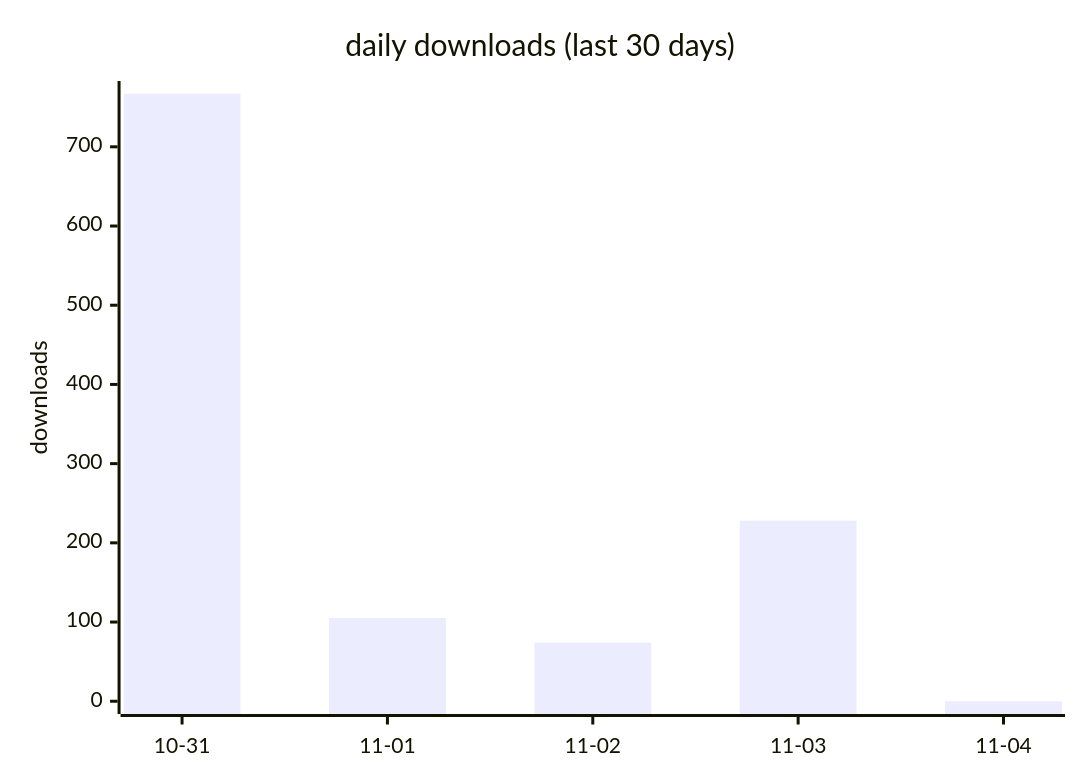
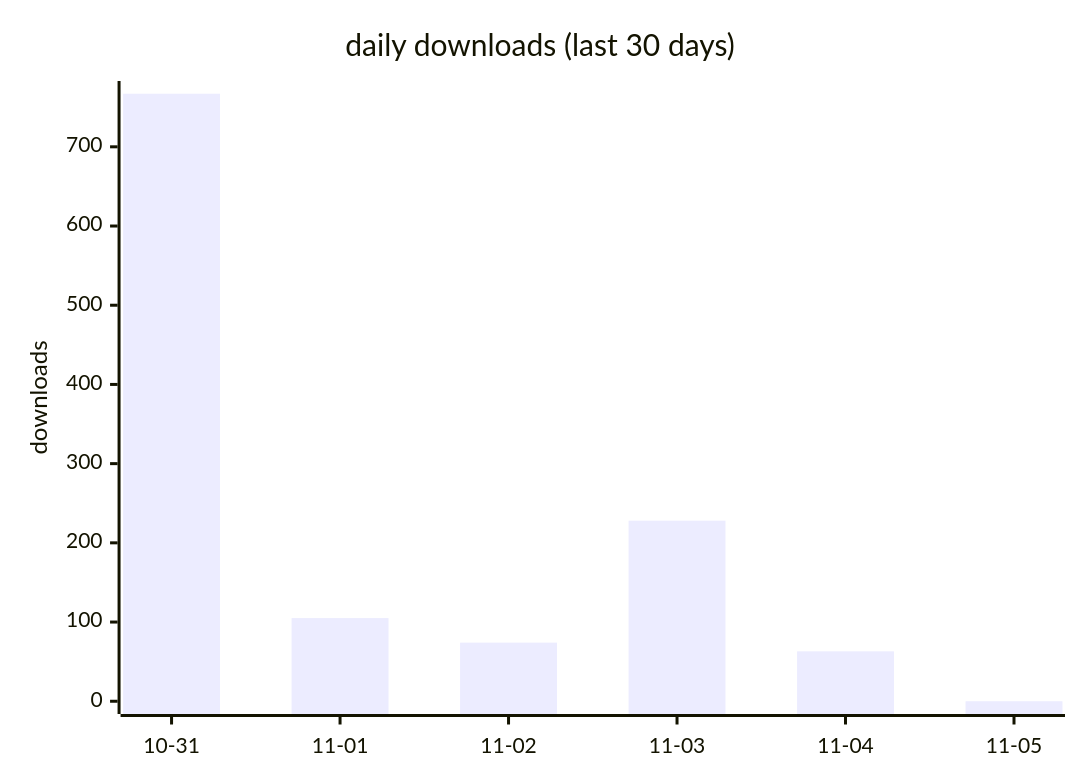
The first of 2 diagrams in docs/downloads-2026.md (terry2010/opencode-loop-recover), drawn with Mermaid before and after one commit. The commit also changed other lines of this file and 1 other file, not shown here.

````diff
--- a/docs/downloads-2026.md
+++ b/docs/downloads-2026.md
@@ -19,7 +19,7 @@
 ```mermaid
 xychart-beta
     title "daily downloads (last 30 days)"
-    x-axis ["10-31", "11-01", "11-02", "11-03", "11-04"]
+    x-axis ["10-31", "11-01", "11-02", "11-03", "11-04", "11-05"]
     y-axis "downloads" 0 --> 767
-    bar [767, 105, 74, 228, 0]
+    bar [767, 105, 74, 228, 63, 0]
 ```
````
